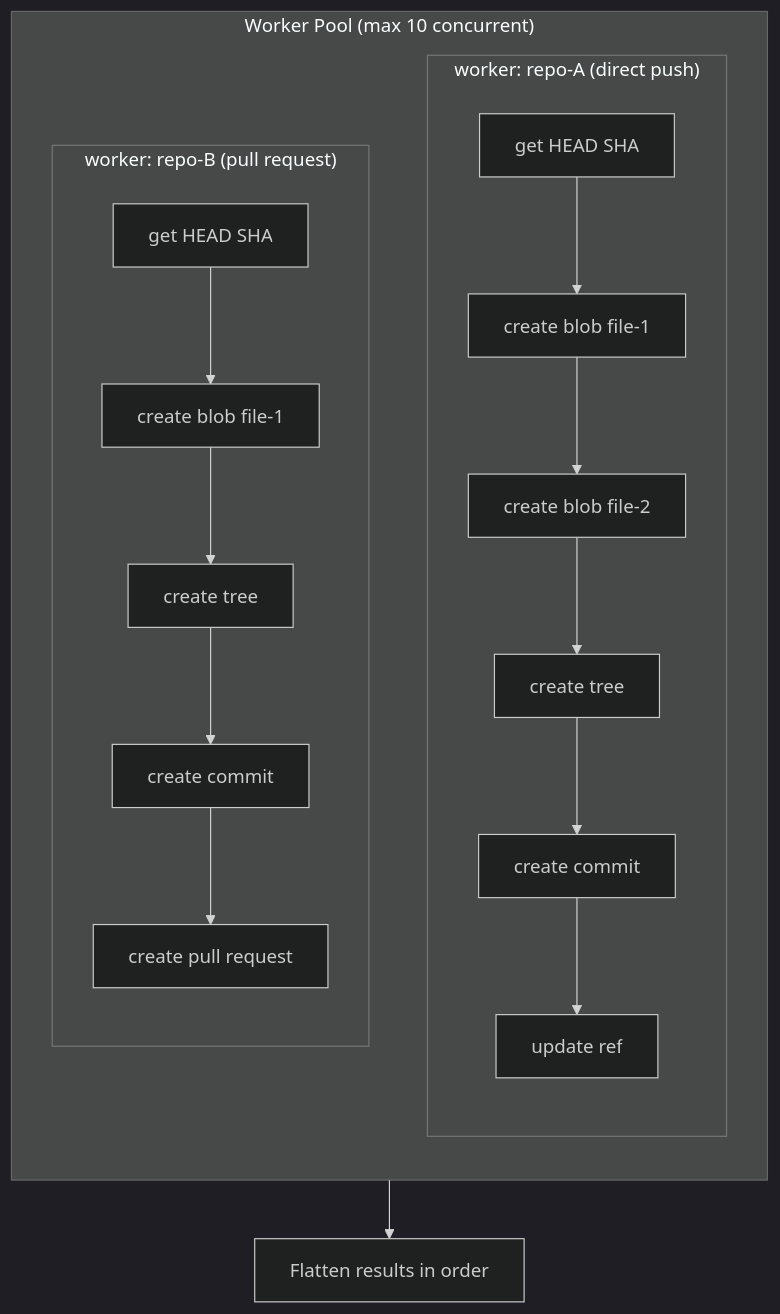
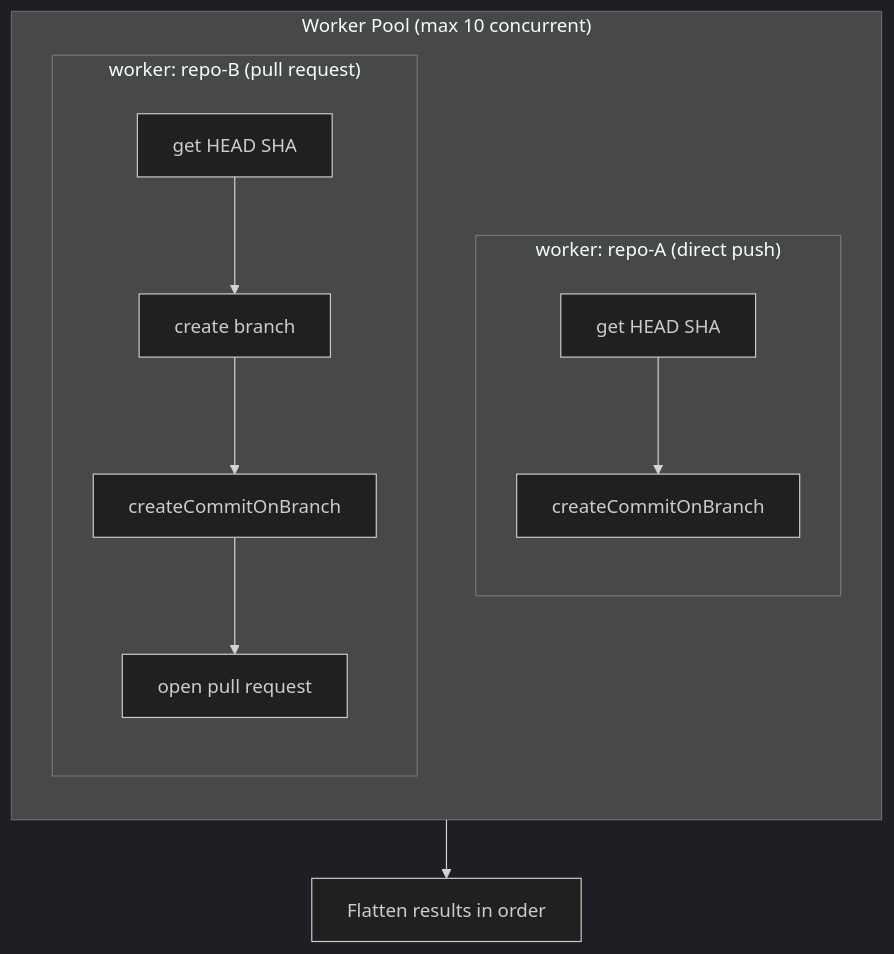
The fifth of 6 diagrams in docs/src/content/docs/internals/concurrency.md (babarot/gh-infra), drawn with Mermaid (dark theme) before and after one commit. The commit also changed other lines of this file and 2 other files, not shown here.

First line of the commit message:
docs: update internals for GraphQL createCommitOnBranch mutation

````diff
--- a/docs/src/content/docs/internals/concurrency.md
+++ b/docs/src/content/docs/internals/concurrency.md
@@ -142,22 +142,15 @@
 ```mermaid
 flowchart TB
     subgraph pool["Worker Pool (max 10 concurrent)"]
         direction TB
         subgraph ga["worker: repo-A (direct push)"]
             direction TB
-            a1[get HEAD SHA] --> a2[create blob file-1]
-            a2 --> a3[create blob file-2]
-            a3 --> a4[create tree]
-            a4 --> a5[create commit]
-            a5 --> a6[update ref]
+            a1[get HEAD SHA] --> a2[createCommitOnBranch]
         end
         subgraph gb["worker: repo-B (pull request)"]
             direction TB
-            b1[get HEAD SHA] --> b2[create blob file-1]
-            b2 --> b3[create tree]
-            b3 --> b4[create commit]
-            b4 --> b5[create pull request]
+            b1[get HEAD SHA] --> b2[create branch] --> b3[createCommitOnBranch] --> b4[open pull request]
         end
     end
     pool --> flat["Flatten results in order"]
 ```
````
